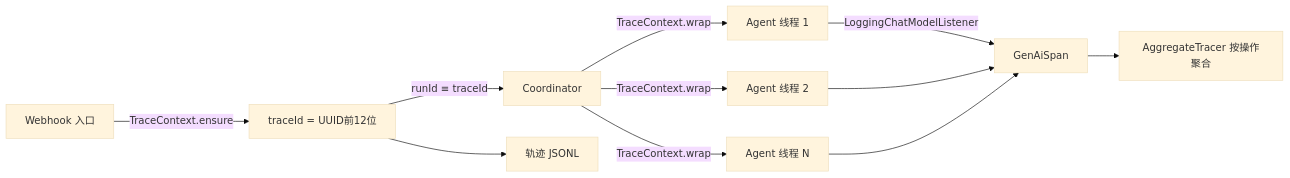
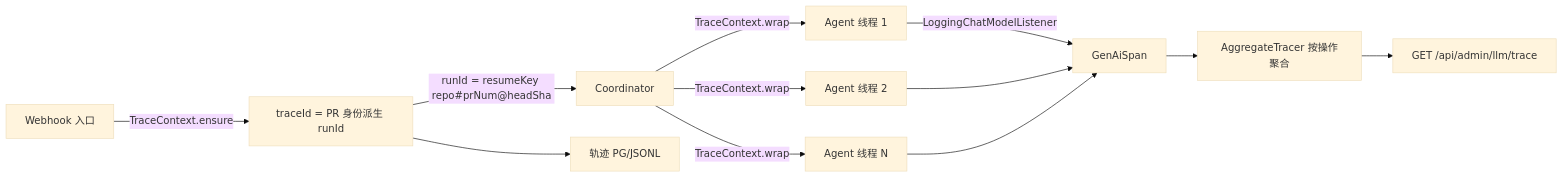
One commit to 13liyunfei/code-review-agent changed the seventh of 7 diagrams in docs/interview-walkthrough.md. Above: the diagram before and after it, drawn with Mermaid (base theme). The commit also changed other lines of this file and 24 other files, not shown here.

````diff
--- a/docs/interview-walkthrough.md
+++ b/docs/interview-walkthrough.md
@@ -404,13 +407,14 @@
 ```mermaid
 flowchart LR
-    E[Webhook 入口] -->|TraceContext.ensure| T[traceId = UUID前12位]
-    T -->|runId ≡ traceId| CO[Coordinator]
+    E[Webhook 入口] -->|TraceContext.ensure| T[traceId = PR 身份派生 runId]
+    T -->|runId = resumeKey repo#prNum@headSha| CO[Coordinator]
     CO -->|TraceContext.wrap| TH1[Agent 线程 1]
     CO -->|TraceContext.wrap| TH2[Agent 线程 2]
     CO -->|TraceContext.wrap| THN[Agent 线程 N]
     TH1 -->|LoggingChatModelListener| SP[GenAiSpan]
     TH2 --> SP
     THN --> SP
     SP --> AT[AggregateTracer 按操作聚合]
-    T --> JL[轨迹 JSONL]
+    AT --> EP[GET /api/admin/llm/trace]
+    T --> JL[轨迹 PG/JSONL]
 ```
````
